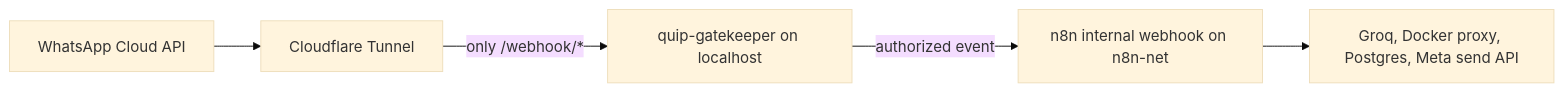
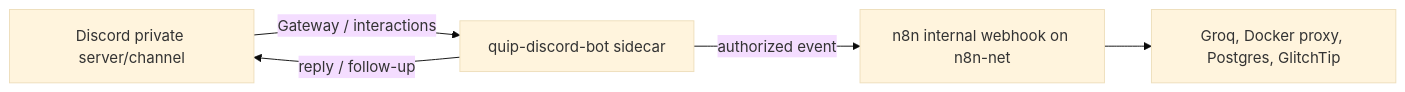
One commit to PranavSlathia/Lap-Server changed the second of 2 diagrams in docs/N8N-ARCHITECTURE.md. Above: the diagram before and after it, drawn with Mermaid (base theme). The commit also changed other lines of this file and 3 other files, not shown here.

Commit message:
docs(n8n): pivot quip plan to discord

````diff
--- a/docs/N8N-ARCHITECTURE.md
+++ b/docs/N8N-ARCHITECTURE.md
@@ -110,7 +110,7 @@
 ```mermaid
 flowchart LR
-  Meta["WhatsApp Cloud API"] --> CF["Cloudflare Tunnel"]
-  CF -->|only /webhook/*| Gatekeeper["quip-gatekeeper on localhost"]
-  Gatekeeper -->|authorized event| N8NInternal["n8n internal webhook on n8n-net"]
-  N8NInternal --> Tools["Groq, Docker proxy, Postgres, Meta send API"]
+  Discord["Discord private server/channel"] -->|Gateway / interactions| Bot["quip-discord-bot sidecar"]
+  Bot -->|authorized event| N8NInternal["n8n internal webhook on n8n-net"]
+  N8NInternal --> Tools["Groq, Docker proxy, Postgres, GlitchTip"]
+  Bot -->|reply / follow-up| Discord
 ```
````
